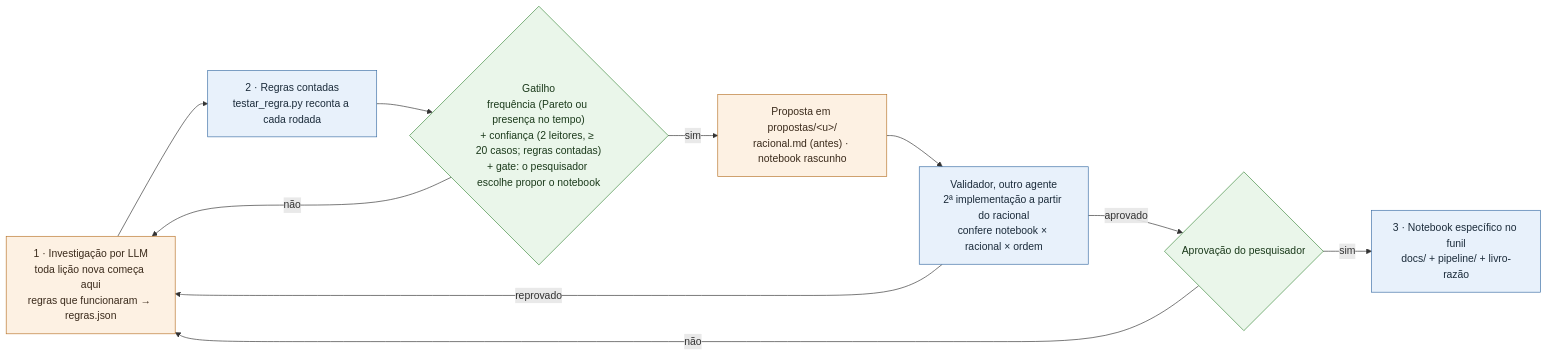
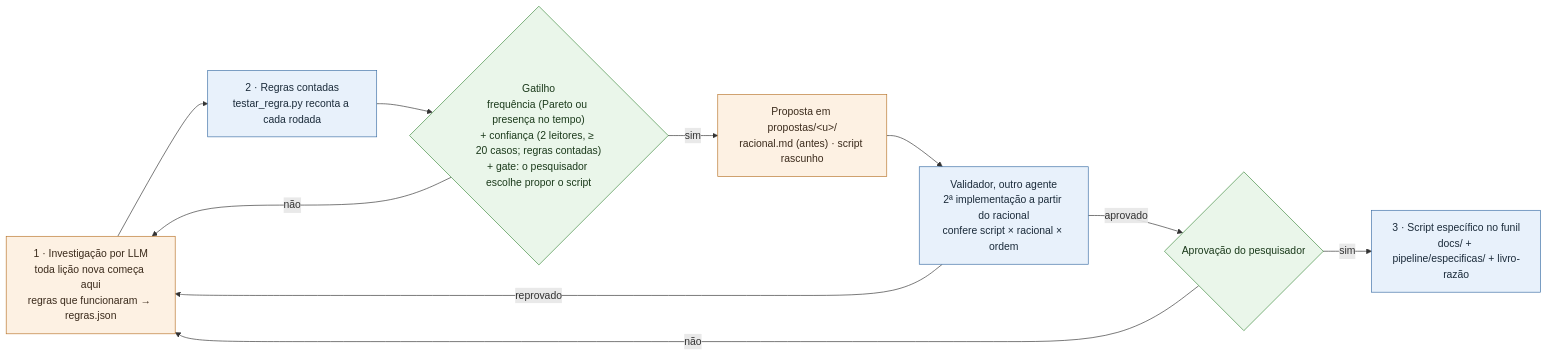
One commit to rc-ventura/memory_layer_ai_agents changed the second of 2 diagrams in .claude/skills/mineracao-candidata/referencias/fluxo.md. Above: the diagram before and after it, drawn with Mermaid. The commit also changed other lines of this file and 14 other files, not shown here.

Commit message:
Ajuste 20 — a parte específica da mineração passa a ser um script, não um notebook: procedimento 16 ("Como o script roda"), skill propor-script e agente validador-de-script (renomeados), painel "pronta para script"; notebooks da base 1 ficam como legado

````diff
--- a/.claude/skills/mineracao-candidata/referencias/fluxo.md
+++ b/.claude/skills/mineracao-candidata/referencias/fluxo.md
@@ -45,20 +45,20 @@
 ```mermaid
 flowchart LR
     S1["1 · Investigação por LLM<br/>toda lição nova começa aqui<br/>regras que funcionaram → regras.json"]:::llm
     S2["2 · Regras contadas<br/>testar_regra.py reconta a cada rodada"]:::det
-    T{"Gatilho<br/>frequência (Pareto ou presença no tempo)<br/>+ confiança (2 leitores, ≥ 20 casos; regras contadas)<br/>+ gate: o pesquisador escolhe propor o notebook"}:::dec
-    P["Proposta em propostas/&lt;u&gt;/<br/>racional.md (antes) · notebook rascunho"]:::llm
-    V["Validador, outro agente<br/>2ª implementação a partir do racional<br/>confere notebook × racional × ordem"]:::det
+    T{"Gatilho<br/>frequência (Pareto ou presença no tempo)<br/>+ confiança (2 leitores, ≥ 20 casos; regras contadas)<br/>+ gate: o pesquisador escolhe propor o script"}:::dec
+    P["Proposta em propostas/&lt;u&gt;/<br/>racional.md (antes) · script rascunho"]:::llm
+    V["Validador, outro agente<br/>2ª implementação a partir do racional<br/>confere script × racional × ordem"]:::det
     A{"Aprovação do pesquisador"}:::dec
-    N["3 · Notebook específico no funil<br/>docs/ + pipeline/ + livro-razão"]:::det
+    N["3 · Script específico no funil<br/>docs/ + pipeline/especificas/ + livro-razão"]:::det
     S1 --> S2 --> T
     T -- não --> S1
     T -- sim --> P --> V
     V -- reprovado --> S1
     V -- aprovado --> A
     A -- não --> S1
     A -- sim --> N
     classDef det fill:#e8f1fb,stroke:#3b6ea5,color:#1b2b3a
     classDef llm fill:#fdf1e3,stroke:#b8742a,color:#3a2a1b
     classDef dec fill:#eaf6ea,stroke:#3f8a3f,color:#1b3a1b
 ```
````
